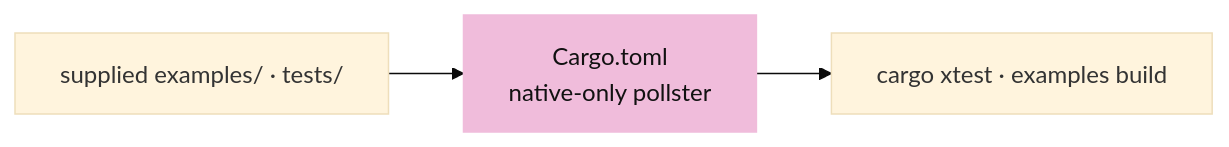
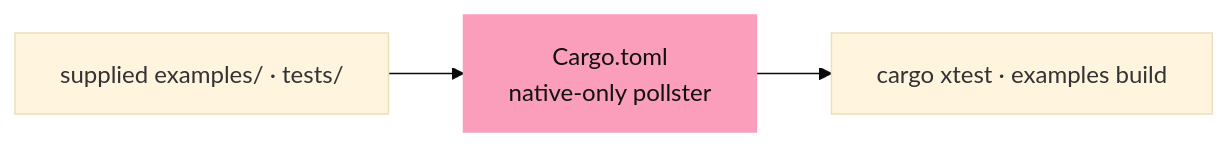
Before and after one commit to petrasvestartas/session: the second of 3 diagrams in session_viewer/docs/16-accounting.md, drawn with Mermaid (base theme). The commit also changed other lines of this file and 328 other files, not shown here.

First line of the commit message:
Course: the palette you sent, and mermaid drawn like the drawings

````diff
--- a/session_viewer/docs/16-accounting.md
+++ b/session_viewer/docs/16-accounting.md
@@ -31,6 +31,6 @@
 ```mermaid
 flowchart LR
     S["supplied examples/ · tests/"] --> C["Cargo.toml<br/>native-only pollster"]
     C --> N["cargo xtest · examples build"]
-    style C fill:#f0bcdb,stroke:#f0bcdb,color:#111
+    style C fill:#fa9ebc,stroke:#fa9ebc,color:#111
 ```
````
